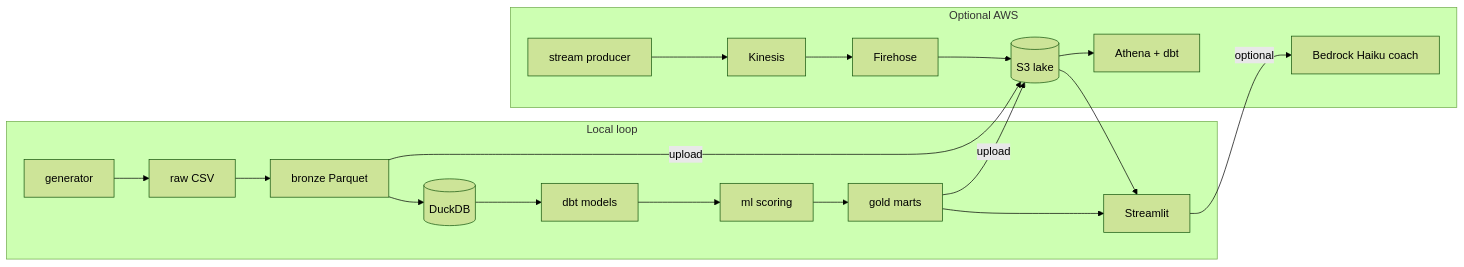
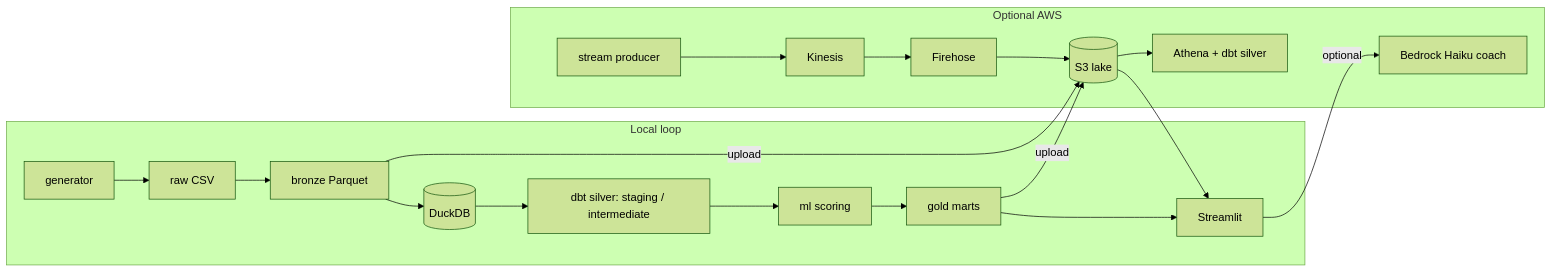
One commit to Sneha-nag/financebuddy changed the diagram in README.md. Above: the diagram before and after it, drawn with Mermaid (forest theme). The commit also changed other lines of this file and 2 other files, not shown here.

Commit message:
Label dbt staging and intermediate as silver in the architecture docs.
Drop the in-app architecture expander so that story stays in the docs.

````diff
--- a/README.md
+++ b/README.md
@@ -11,23 +11,23 @@
 ```mermaid
 flowchart LR
   subgraph local ["Local loop"]
     G[generator] --> R[raw CSV]
     R --> B[bronze Parquet]
     B --> D[(DuckDB)]
-    D --> DBT[dbt models]
+    D --> DBT[dbt silver: staging / intermediate]
     DBT --> ML[ml scoring]
     ML --> GOLD[gold marts]
     GOLD --> UI[Streamlit]
   end
 
   subgraph aws ["Optional AWS"]
     B -->|upload| S3[(S3 lake)]
-    S3 --> ATH[Athena + dbt]
+    S3 --> ATH[Athena + dbt silver]
     GOLD -->|upload| S3
     S3 --> UI
     P[stream producer] --> K[Kinesis]
     K --> FH[Firehose]
     FH --> S3
     UI -->|optional| BR[Bedrock Haiku coach]
   end
 ```
````
